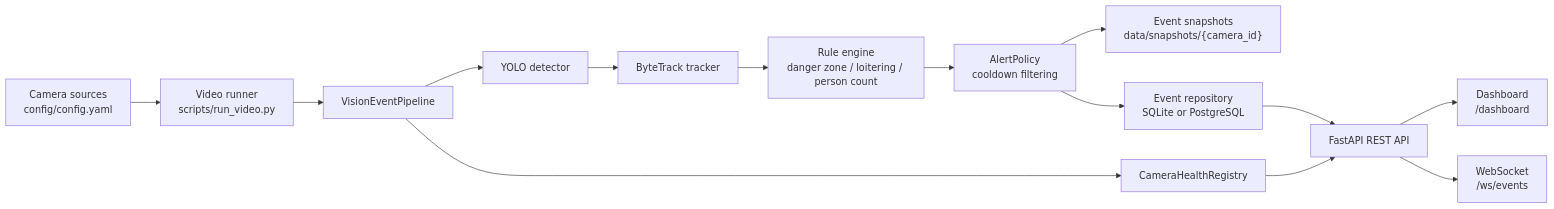
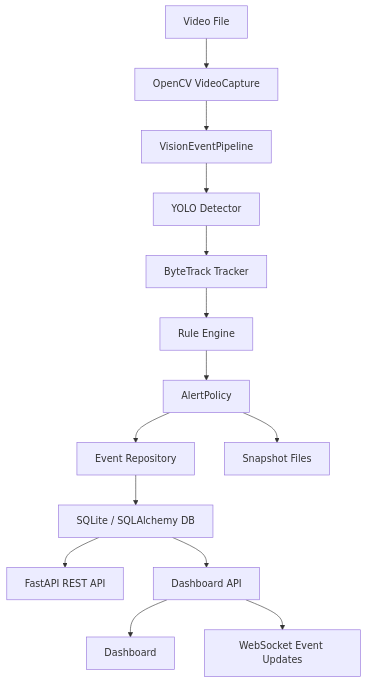
The diagram in README.md (jiyeon0715/vision-event-platform), drawn with Mermaid before and after one commit. The commit also changed other lines of this file, not shown here.

````diff
--- a/README.md
+++ b/README.md
@@ -43,16 +13,16 @@
 ```mermaid
-flowchart LR
-    A["Camera sources<br/>config/config.yaml"] --> B["Video runner<br/>scripts/run_video.py"]
+flowchart TD
+    A["Video File"] --> B["OpenCV VideoCapture"]
     B --> C["VisionEventPipeline"]
-    C --> D["YOLO detector"]
-    D --> E["ByteTrack tracker"]
-    E --> F["Rule engine<br/>danger zone / loitering / person count"]
-    F --> G["AlertPolicy<br/>cooldown filtering"]
-    G --> H["Event snapshots<br/>data/snapshots/{camera_id}"]
-    G --> I["Event repository<br/>SQLite or PostgreSQL"]
-    C --> J["CameraHealthRegistry"]
-    I --> K["FastAPI REST API"]
-    J --> K
-    K --> L["Dashboard<br/>/dashboard"]
-    K --> M["WebSocket<br/>/ws/events"]
+    C --> D["YOLO Detector"]
+    D --> E["ByteTrack Tracker"]
+    E --> F["Rule Engine"]
+    F --> G["AlertPolicy"]
+    G --> H["Event Repository"]
+    G --> I["Snapshot Files"]
+    H --> J["SQLite / SQLAlchemy DB"]
+    J --> K["FastAPI REST API"]
+    J --> L["Dashboard API"]
+    L --> M["Dashboard"]
+    L --> N["WebSocket Event Updates"]
 ```
````
